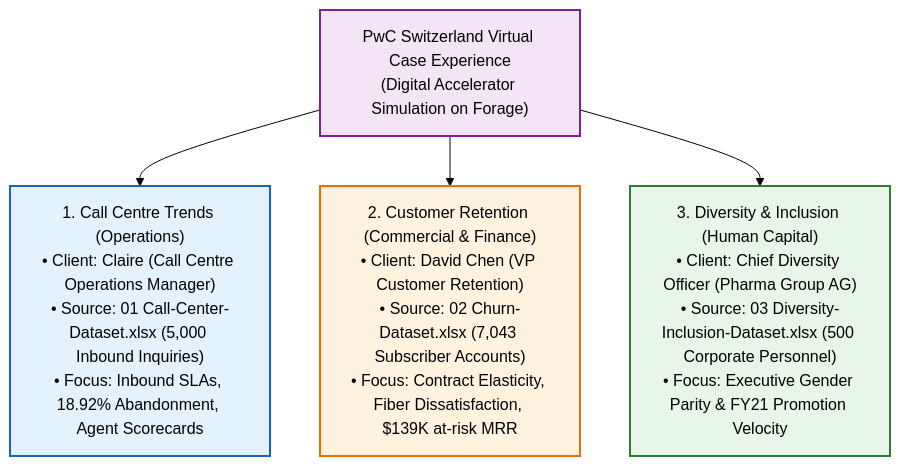
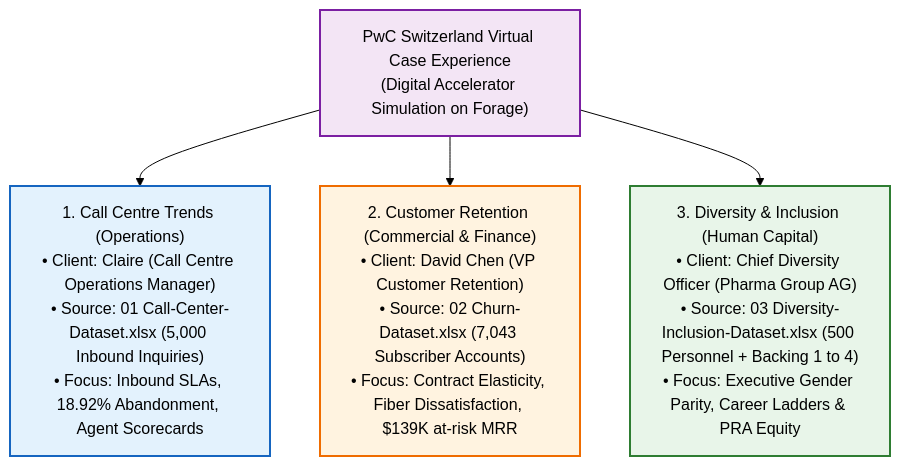
The first of 2 diagrams in 06_Projects/Call Center Performance Analysis/Project Overview.md (Sohila-Khaled-Abbas/COURSE-EXCEL-ZERO-TO-HERO), drawn with Mermaid (forest theme) before and after one commit. The commit also changed other lines of this file and 5 other files, not shown here.

````diff
--- a/06_Projects/Call Center Performance Analysis/Project Overview.md
+++ b/06_Projects/Call Center Performance Analysis/Project Overview.md
@@ -49,17 +50,17 @@
 ```mermaid
 flowchart TD
     PWC["PwC Switzerland Virtual Case Experience\n(Digital Accelerator Simulation on Forage)"]
     
     T1["1. Call Centre Trends (Operations)\n• Client: Claire (Call Centre Operations Manager)\n• Source: 01 Call-Center-Dataset.xlsx (5,000 Inbound Inquiries)\n• Focus: Inbound SLAs, 18.92% Abandonment, Agent Scorecards"]
     T2["2. Customer Retention (Commercial & Finance)\n• Client: David Chen (VP Customer Retention)\n• Source: 02 Churn-Dataset.xlsx (7,043 Subscriber Accounts)\n• Focus: Contract Elasticity, Fiber Dissatisfaction, $139K at-risk MRR"]
-    T3["3. Diversity & Inclusion (Human Capital)\n• Client: Chief Diversity Officer (Pharma Group AG)\n• Source: 03 Diversity-Inclusion-Dataset.xlsx (500 Corporate Personnel)\n• Focus: Executive Gender Parity & FY21 Promotion Velocity"]
+    T3["3. Diversity & Inclusion (Human Capital)\n• Client: Chief Diversity Officer (Pharma Group AG)\n• Source: 03 Diversity-Inclusion-Dataset.xlsx (500 Personnel + Backing 1 to 4)\n• Focus: Executive Gender Parity, Career Ladders & PRA Equity"]
     
     PWC --> T1
     PWC --> T2
     PWC --> T3
     
     style PWC fill:#f3e5f5,stroke:#7b1fa2,stroke-width:2px
     style T1 fill:#e3f2fd,stroke:#1565c0,stroke-width:2px
     style T2 fill:#fff3e0,stroke:#ef6c00,stroke-width:2px
     style T3 fill:#e8f5e9,stroke:#2e7d32,stroke-width:2px
 ```
````
